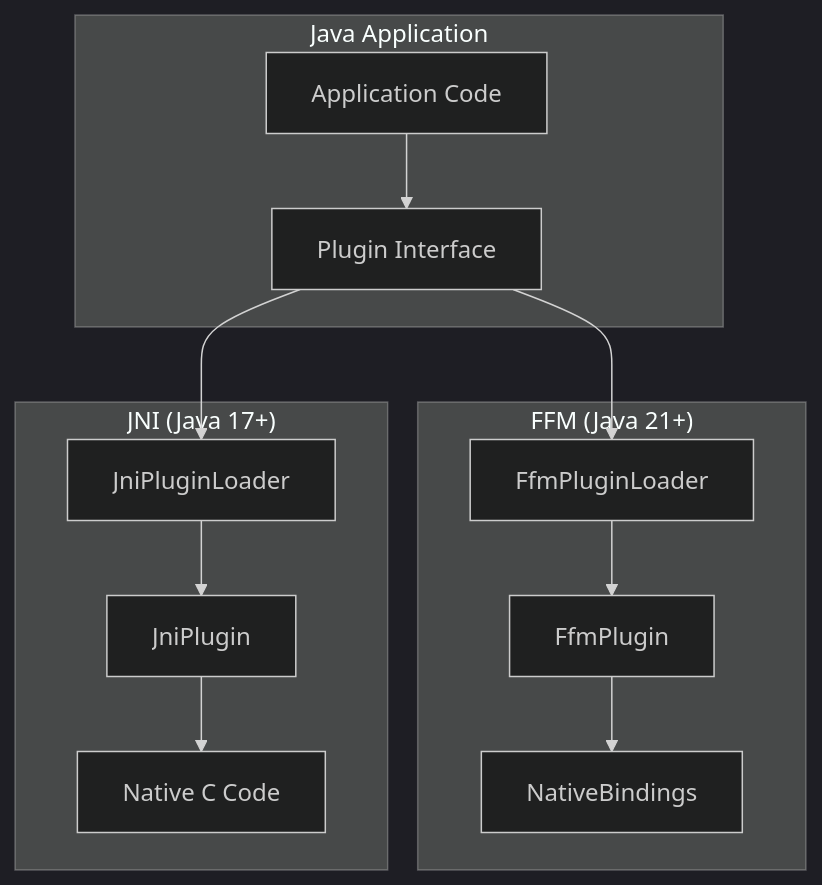
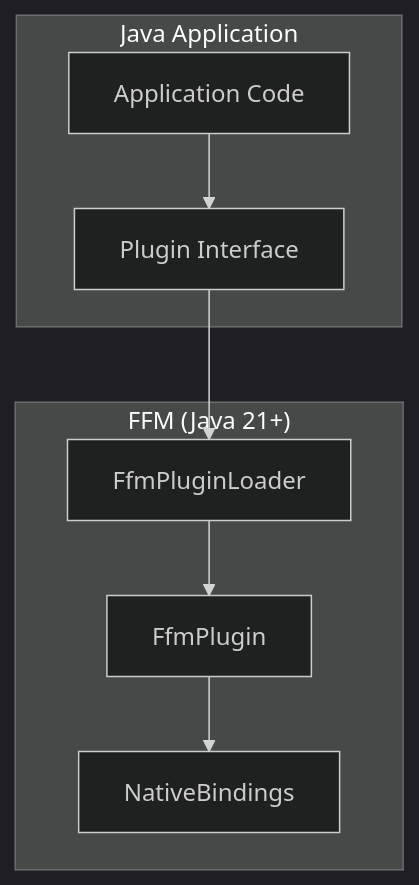
Before and after one commit to jrobhoward/rustbridge: the eighth of 8 diagrams in docs/ARCHITECTURE.md, drawn with Mermaid (dark theme). The commit also changed other lines of this file and 79 other files, not shown here.

````diff
--- a/docs/ARCHITECTURE.md
+++ b/docs/ARCHITECTURE.md
@@ -529,25 +525,17 @@
 ```mermaid
 flowchart TB
     subgraph Java["Java Application"]
         APP[Application Code]
         PI[Plugin Interface]
     end
 
     subgraph FFM["FFM (Java 21+)"]
         FL[FfmPluginLoader]
         FP[FfmPlugin]
         NB[NativeBindings]
     end
 
-    subgraph JNI["JNI (Java 17+)"]
-        JL[JniPluginLoader]
-        JP[JniPlugin]
-        NC[Native C Code]
-    end
-
     APP --> PI
     PI --> FL
-    PI --> JL
     FL --> FP --> NB
-    JL --> JP --> NC
 ```
````
